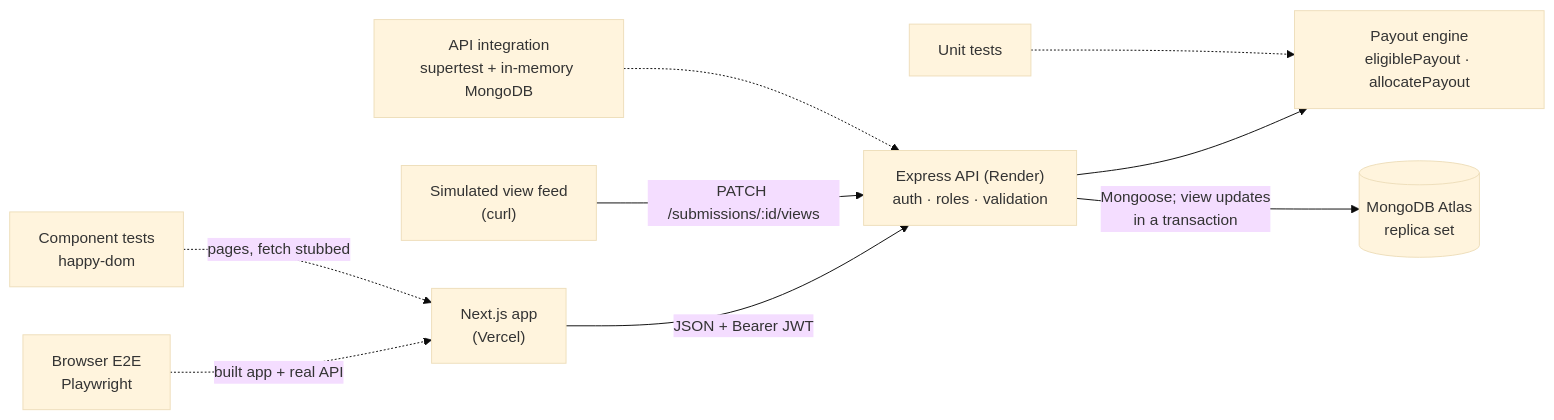
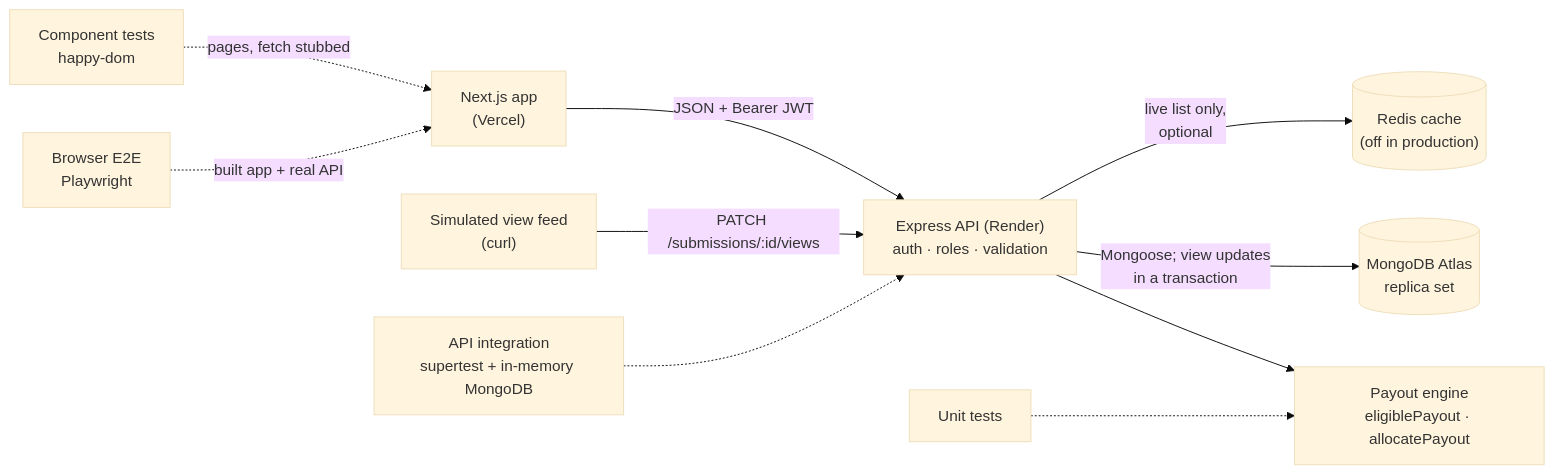
Before and after one commit to VTCodeCraft/memed-payout-tracker: the diagram in README.md, drawn with Mermaid (base theme). The commit also changed other lines of this file, not shown here.

First line of the commit message:
docs: explain the optional Redis cache for the live campaign list

````diff
--- a/README.md
+++ b/README.md
@@ -29,11 +30,12 @@
 ```mermaid
 flowchart LR
   UI["Next.js app<br/>(Vercel)"] -- "JSON + Bearer JWT" --> API["Express API (Render)<br/>auth · roles · validation"]
   Feed["Simulated view feed<br/>(curl)"] -- "PATCH /submissions/:id/views" --> API
   API --> Engine["Payout engine<br/>eligiblePayout · allocatePayout"]
   API -- "Mongoose; view updates<br/>in a transaction" --> DB[("MongoDB Atlas<br/>replica set")]
+  API -- "live list only,<br/>optional" --> Cache[("Redis cache<br/>(off in production)")]
   E2E["Browser E2E<br/>Playwright"] -. "built app + real API" .-> UI
   Comp["Component tests<br/>happy-dom"] -. "pages, fetch stubbed" .-> UI
   Integ["API integration<br/>supertest + in-memory MongoDB"] -.-> API
   Unit["Unit tests"] -.-> Engine
 ```
````
